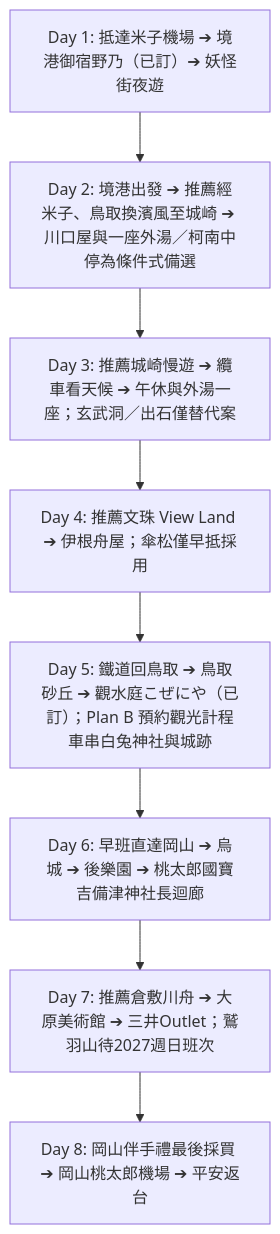
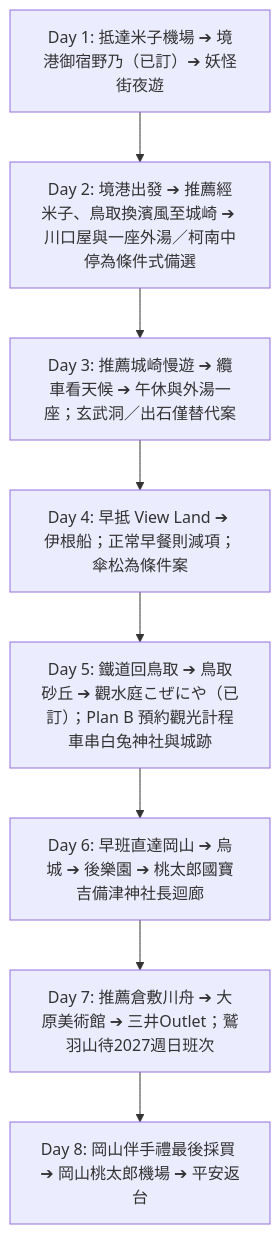
One commit to iamkeith001/sanin-trip-2027 changed the diagram in README.md. Above: the diagram before and after it, drawn with Mermaid. The commit also changed 5 other files, not shown here.

````diff
--- a/README.md
+++ b/README.md
@@ -38,10 +38,10 @@
 ```mermaid
 graph TD
     Day1[Day 1: 抵達米子機場 ➔ 境港御宿野乃（已訂）➔ 妖怪街夜遊] --> Day2[Day 2: 境港出發 ➔ 推薦經米子、鳥取換濱風至城崎 ➔ 川口屋與一座外湯／柯南中停為條件式備選]
     Day2 --> Day3[Day 3: 推薦城崎慢遊 ➔ 纜車看天候 ➔ 午休與外湯一座；玄武洞／出石僅替代案]
-    Day3 --> Day4[Day 4: 推薦文珠 View Land ➔ 伊根舟屋；傘松僅早抵採用]
+    Day3 --> Day4[Day 4: 早抵 View Land ➔ 伊根船；正常早餐則減項；傘松為條件案]
     Day4 --> Day5[Day 5: 鐵道回鳥取 ➔ 鳥取砂丘 ➔ 觀水庭こぜにや（已訂）；Plan B 預約觀光計程車串白兔神社與城跡]
     Day5 --> Day6[Day 6: 早班直達岡山 ➔ 烏城 ➔ 後樂園 ➔ 桃太郎國寶吉備津神社長迴廊]
     Day6 --> Day7[Day 7: 推薦倉敷川舟 ➔ 大原美術館 ➔ 三井Outlet；鷲羽山待2027週日班次]
     Day7 --> Day8[Day 8: 岡山伴手禮最後採買 ➔ 岡山桃太郎機場 ➔ 平安返台]
 ```
````
